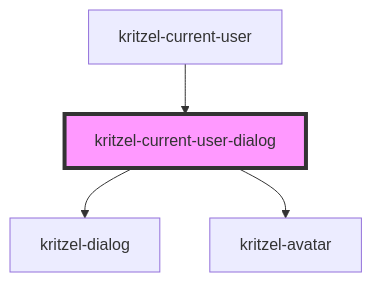
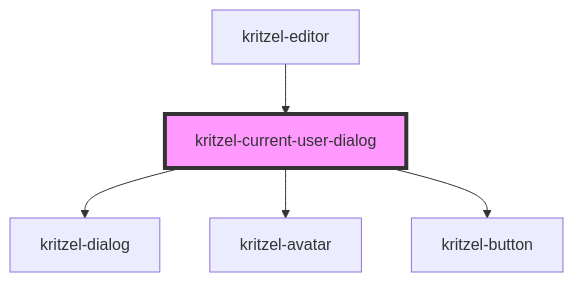
The diagram in libs/kritzel-stencil/src/components/ui/kritzel-current-user-dialog/readme.md (kasual1/kritzel), drawn with Mermaid before and after one commit. The commit also changed other lines of this file and 17 other files, not shown here.

Commit message:
#343: Move logout button into user dialog

````diff
--- a/libs/kritzel-stencil/src/components/ui/kritzel-current-user-dialog/readme.md
+++ b/libs/kritzel-stencil/src/components/ui/kritzel-current-user-dialog/readme.md
@@ -51,7 +59,8 @@
 ```mermaid
 graph TD;
   kritzel-current-user-dialog --> kritzel-dialog
   kritzel-current-user-dialog --> kritzel-avatar
-  kritzel-current-user --> kritzel-current-user-dialog
+  kritzel-current-user-dialog --> kritzel-button
+  kritzel-editor --> kritzel-current-user-dialog
   style kritzel-current-user-dialog fill:#f9f,stroke:#333,stroke-width:4px
 ```
````
